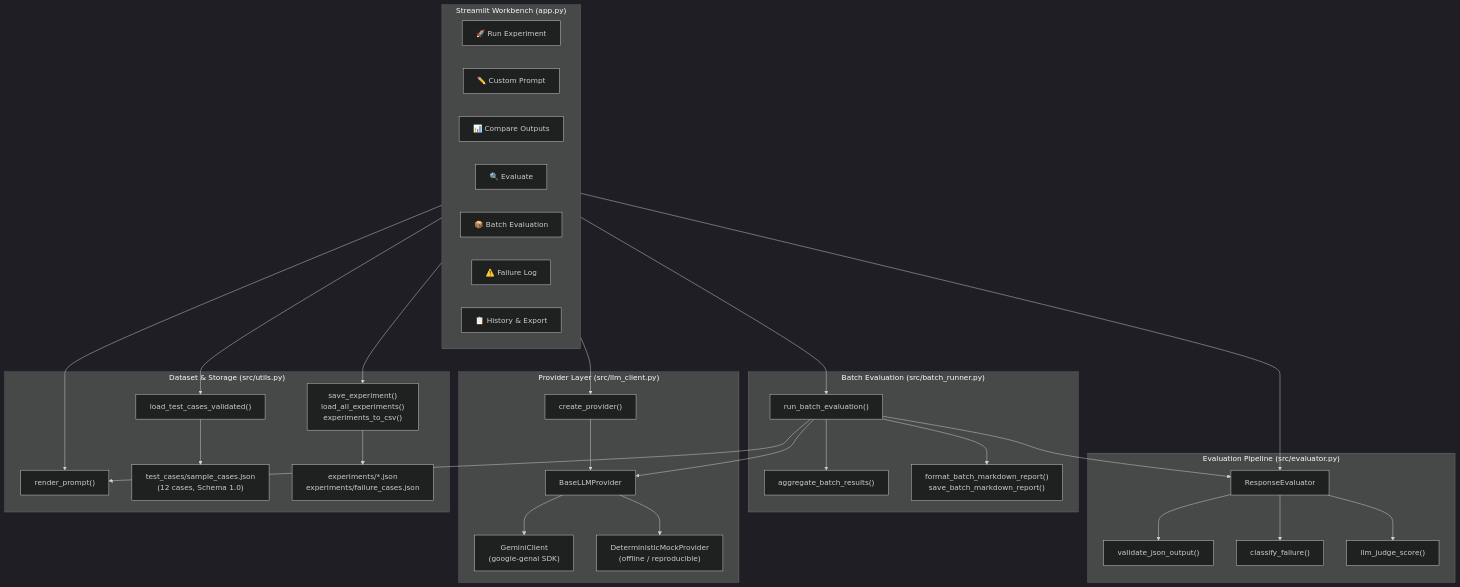
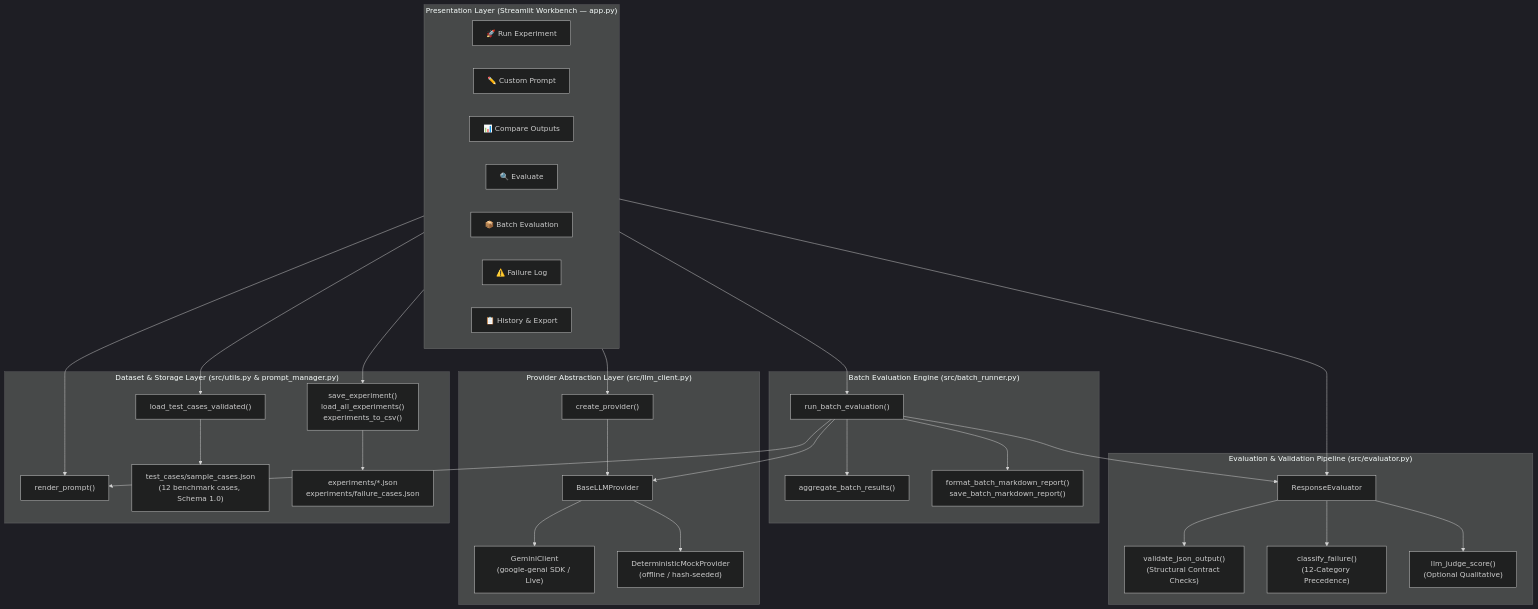
One commit to himani-2-git/GenAI-Prompt-Evaluation-Lab changed the diagram in README.md. Above: the diagram before and after it, drawn with Mermaid (dark theme). The commit also changed other lines of this file, not shown here.

Commit message:
Polish README for portfolio presentation

````diff
--- a/README.md
+++ b/README.md
@@ -119,60 +165,60 @@
 ```mermaid
 flowchart TD
-    subgraph UI ["Streamlit Workbench (app.py)"]
+    subgraph UI ["Presentation Layer (Streamlit Workbench — app.py)"]
         UI1["🚀 Run Experiment"]
         UI2["✏️ Custom Prompt"]
         UI3["📊 Compare Outputs"]
         UI4["🔍 Evaluate"]
         UI5["📦 Batch Evaluation"]
         UI6["⚠️ Failure Log"]
         UI7["📋 History & Export"]
     end
 
-    subgraph Providers ["Provider Layer (src/llm_client.py)"]
+    subgraph Providers ["Provider Abstraction Layer (src/llm_client.py)"]
         BASE["BaseLLMProvider"]
-        GEMINI["GeminiClient\n(google-genai SDK)"]
-        MOCK["DeterministicMockProvider\n(offline / reproducible)"]
+        GEMINI["GeminiClient\n(google-genai SDK / Live)"]
+        MOCK["DeterministicMockProvider\n(offline / hash-seeded)"]
         FACTORY["create_provider()"]
         BASE --> GEMINI
         BASE --> MOCK
         FACTORY --> BASE
     end
 
-    subgraph Batch ["Batch Evaluation (src/batch_runner.py)"]
+    subgraph Batch ["Batch Evaluation Engine (src/batch_runner.py)"]
         BRUN["run_batch_evaluation()"]
         BAGG["aggregate_batch_results()"]
         BREP["format_batch_markdown_report()\nsave_batch_markdown_report()"]
         BRUN --> BAGG
         BRUN --> BREP
     end
 
-    subgraph Eval ["Evaluation Pipeline (src/evaluator.py)"]
+    subgraph Eval ["Evaluation & Validation Pipeline (src/evaluator.py)"]
         REVAL["ResponseEvaluator"]
-        VJSON["validate_json_output()"]
-        FAIL["classify_failure()"]
-        JUDGE["llm_judge_score()"]
+        VJSON["validate_json_output()\n(Structural Contract Checks)"]
+        FAIL["classify_failure()\n(12-Category Precedence)"]
+        JUDGE["llm_judge_score()\n(Optional Qualitative)"]
         REVAL --> VJSON
         REVAL --> FAIL
         REVAL --> JUDGE
     end
 
-    subgraph Data ["Dataset & Storage (src/utils.py)"]
+    subgraph Data ["Dataset & Storage Layer (src/utils.py & prompt_manager.py)"]
         LOAD["load_test_cases_validated()"]
         RENDER["render_prompt()"]
         STORE["save_experiment()\nload_all_experiments()\nexperiments_to_csv()"]
-        TC["test_cases/sample_cases.json\n(12 cases, Schema 1.0)"]
+        TC["test_cases/sample_cases.json\n(12 benchmark cases, Schema 1.0)"]
         EXP["experiments/*.json\nexperiments/failure_cases.json"]
         LOAD --> TC
         STORE --> EXP
     end
 
     UI --> FACTORY
     UI --> BRUN
     UI --> REVAL
     UI --> LOAD
     UI --> RENDER
     UI --> STORE
     BRUN --> BASE
     BRUN --> REVAL
     BRUN --> RENDER
 ```
````
